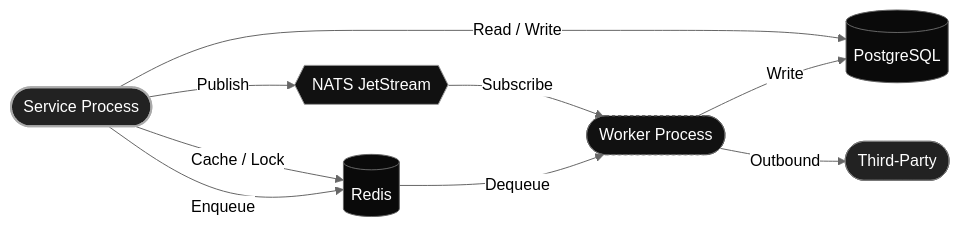
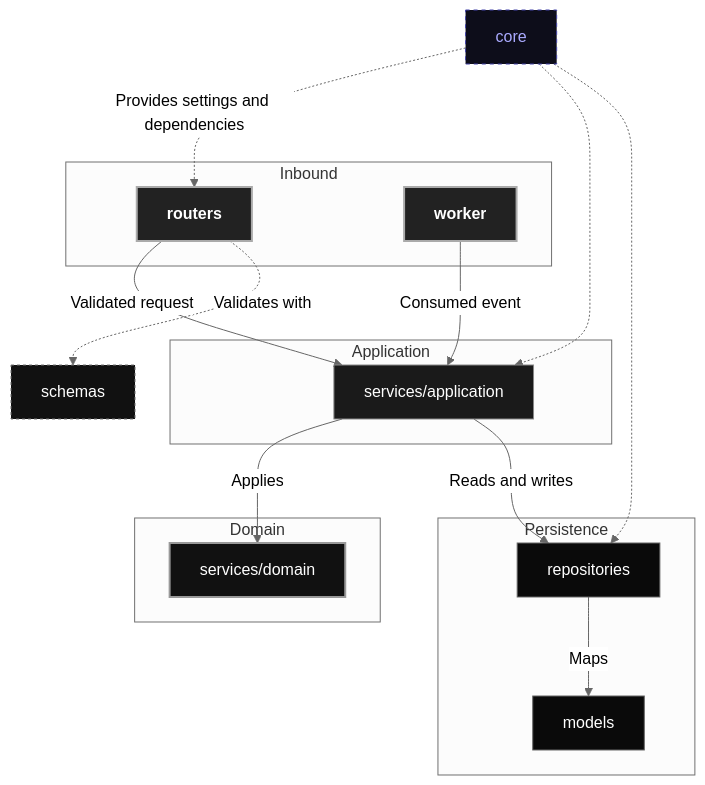
One commit to cristiangilsanz/qrew changed the second of 3 diagrams in docs/architecture/overview.md. Above: the diagram before and after it, drawn with Mermaid (neutral theme). The commit also changed other lines of this file and 1047 other files, not shown here.

````diff
--- a/docs/architecture/overview.md
+++ b/docs/architecture/overview.md
@@ -365,27 +204,41 @@
 ```mermaid
-flowchart LR
-    svc(["Service Process"]):::svc
+flowchart TB
+    subgraph Inbound
+        routers["routers"]:::edge
+        worker["worker"]:::edge
+    end
 
-    pg[("PostgreSQL")]:::db
-    redis[("Redis")]:::db
-    nats{{"NATS JetStream"}}:::bus
-    ext(["Third-Party"]):::ext
+    schemas["schemas"]:::contract
 
-    worker(["Worker Process"]):::worker
+    subgraph Application
+        app["services/application"]:::app
+    end
 
-    svc -->|"Read / Write"| pg
-    svc -->|"Cache / Lock"| redis
-    svc -->|"Publish"| nats
-    svc -->|"Enqueue"| redis
+    subgraph Domain
+        domain["services/domain"]:::domain
+    end
 
-    nats -->|"Subscribe"| worker
-    redis -->|"Dequeue"| worker
-    worker -->|"Write"| pg
-    worker -->|"Outbound"| ext
+    subgraph Persistence
+        repositories["repositories"]:::infra
+        models["models"]:::infra
+    end
 
-    classDef svc    fill:#222,color:#fff,stroke:#aaa,stroke-width:2px
-    classDef worker fill:#111,color:#fff,stroke:#666,stroke-width:1px,stroke-dasharray:3
-    classDef db     fill:#0a0a0a,color:#fff,stroke:#666,stroke-width:1px
-    classDef bus    fill:#111,color:#fff,stroke:#999,stroke-width:1px
-    classDef ext    fill:#222,color:#fff,stroke:#777,stroke-width:1px
+    core["core"]:::core
+
+    routers -->|"Validated request"| app
+    worker -->|"Consumed event"| app
+    routers -.->|"Validates with"| schemas
+    app -->|"Applies"| domain
+    app -->|"Reads and writes"| repositories
+    repositories -->|"Maps"| models
+    core -.->|"Provides settings and dependencies"| routers
+    core -.-> app
+    core -.-> repositories
+
+    classDef edge     fill:#222,color:#fff,stroke:#aaa,stroke-width:2px,font-weight:bold
+    classDef app      fill:#1a1a1a,color:#fff,stroke:#888,stroke-width:1px
+    classDef domain   fill:#111,color:#fff,stroke:#999,stroke-width:2px
+    classDef infra    fill:#0a0a0a,color:#fff,stroke:#666,stroke-width:1px
+    classDef contract fill:#111,color:#fff,stroke:#777,stroke-width:1px,stroke-dasharray:3
+    classDef core     fill:#0d0d1a,color:#aaaaff,stroke:#4444aa,stroke-width:1px,stroke-dasharray:4
 ```
````
